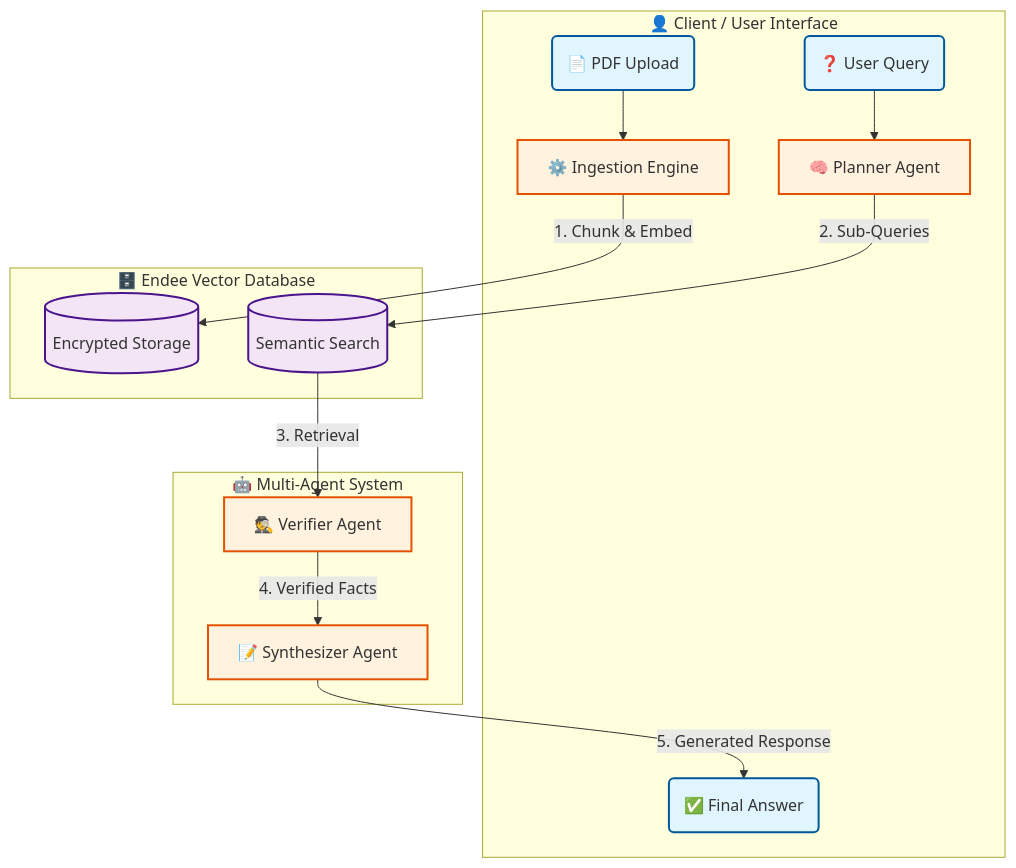
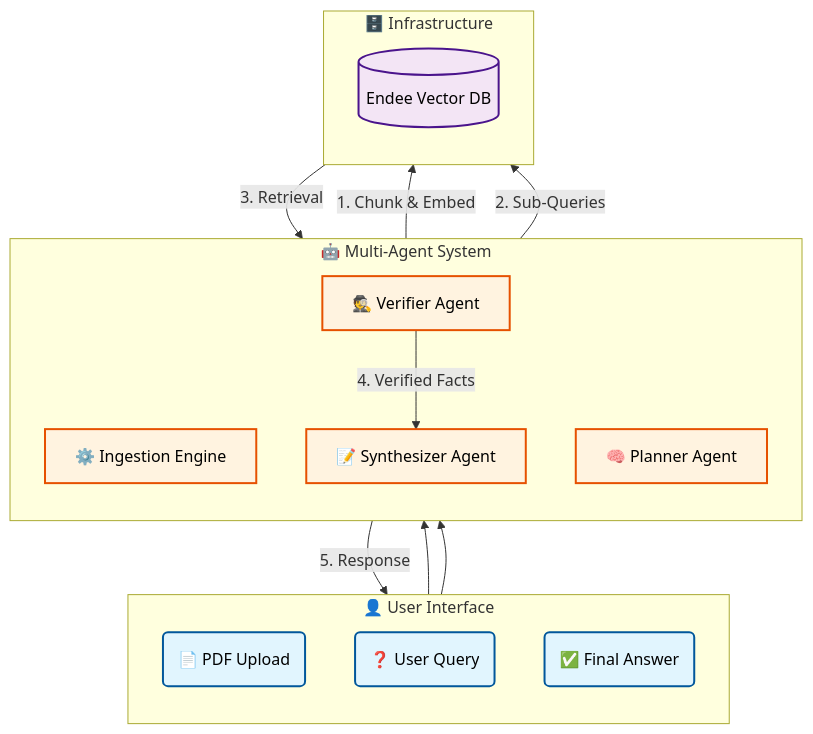
The diagram in README.md (Akash252004/Agentic-Research-Assistant), drawn with Mermaid before and after one commit.

Commit message:
Update system design diagram in README

````diff
--- a/README.md
+++ b/README.md
@@ -45,35 +45,41 @@
 ```mermaid
-graph TD
+flowchart TD
     %% Styling
-    classDef user fill:#e1f5fe,stroke:#01579b,stroke-width:2px;
-    classDef agent fill:#fff3e0,stroke:#e65100,stroke-width:2px;
-    classDef db fill:#f3e5f5,stroke:#4a148c,stroke-width:2px;
+    classDef user fill:#e1f5fe,stroke:#01579b,stroke-width:2px,color:#000;
+    classDef agent fill:#fff3e0,stroke:#e65100,stroke-width:2px,color:#000;
+    classDef db fill:#f3e5f5,stroke:#4a148c,stroke-width:2px,color:#000;
 
-    subgraph User_Space [👤 Client / User Interface]
-        Upload(📄 PDF Upload) --> Ingest
-        Query(❓ User Query) --> Planner
+    subgraph UI [👤 User Interface]
+        direction TB
+        Upload(📄 PDF Upload)
+        Query(❓ User Query)
         Result(✅ Final Answer)
-        class Upload,Query,Result user
     end
+    class Upload,Query,Result user
 
-    subgraph Agent_Orchestrator [🤖 Multi-Agent System]
+    subgraph Agents [🤖 Multi-Agent System]
+        direction TB
         Ingest[⚙️ Ingestion Engine]
         Planner[🧠 Planner Agent]
         Verifier[🕵️ Verifier Agent]
         Synthesizer[📝 Synthesizer Agent]
-        class Ingest,Planner,Verifier,Synthesizer agent
     end
+    class Ingest,Planner,Verifier,Synthesizer agent
 
-    subgraph Vector_Infrastructure [🗄️ Endee Vector Database]
-        Store[(Encrypted Storage)]
-        Search[(Semantic Search)]
-        class Store,Search db
+    subgraph DB [🗄️ Infrastructure]
+        direction TB
+        Endee[(Endee Vector DB)]
     end
+    class Endee db
 
     %% Data Flow
-    Ingest -->|1. Chunk & Embed| Store
-    Planner -->|2. Sub-Queries| Search
-    Search -->|3. Retrieval| Verifier
+    Upload --> Ingest
+    Ingest -->|1. Chunk & Embed| Endee
+    
+    Query --> Planner
+    Planner -->|2. Sub-Queries| Endee
+    
+    Endee -->|3. Retrieval| Verifier
     Verifier -->|4. Verified Facts| Synthesizer
-    Synthesizer -->|5. Generated Response| Result
+    Synthesizer -->|5. Response| Result
 ```
````
